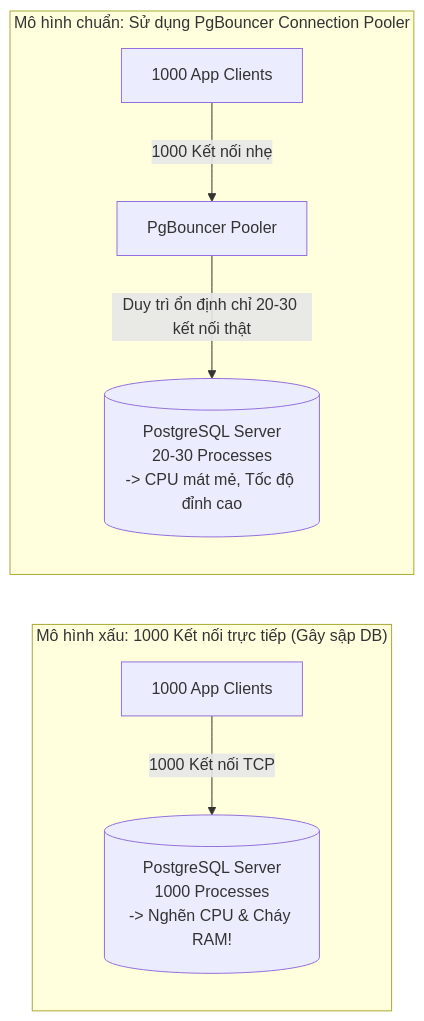
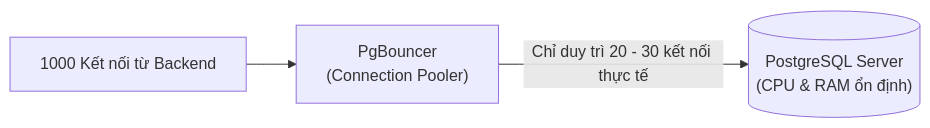
The ninth of 12 diagrams in database/Database.md (ThanhPhongvipvip/Tutorial), drawn with Mermaid before and after one commit. The commit also changed other lines of this file, not shown here.

````diff
--- a/database/Database.md
+++ b/database/Database.md
@@ -1404,15 +1074,7 @@
 ```mermaid
 flowchart LR
-    subgraph Bad ["Mô hình xấu: 1000 Kết nối trực tiếp (Gây sập DB)"]
-        A1["1000 App Clients"] -->|"1000 Kết nối TCP"| PG1[("PostgreSQL Server
-1000 Processes
--> Nghẽn CPU & Cháy RAM!")]
-    end
-
-    subgraph Good ["Mô hình chuẩn: Sử dụng PgBouncer Connection Pooler"]
-        A2["1000 App Clients"] -->|"1000 Kết nối nhẹ"| PB["PgBouncer Pooler"]
-        PB -->|"Duy trì ổn định chỉ 20-30 kết nối thật"| PG2[("PostgreSQL Server
-20-30 Processes
--> CPU mát mẻ, Tốc độ đỉnh cao")]
-    end
+    App["1000 Kết nối từ Backend"] --> PB["PgBouncer
+(Connection Pooler)"]
+    PB -->|"Chỉ duy trì 20 - 30 kết nối thực tế"| PG[("PostgreSQL Server
+(CPU & RAM ổn định)")]
 ```
````
